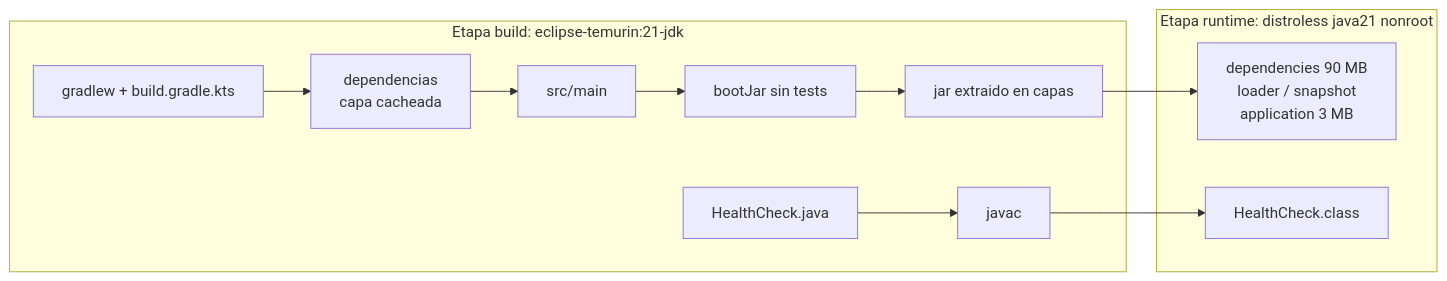
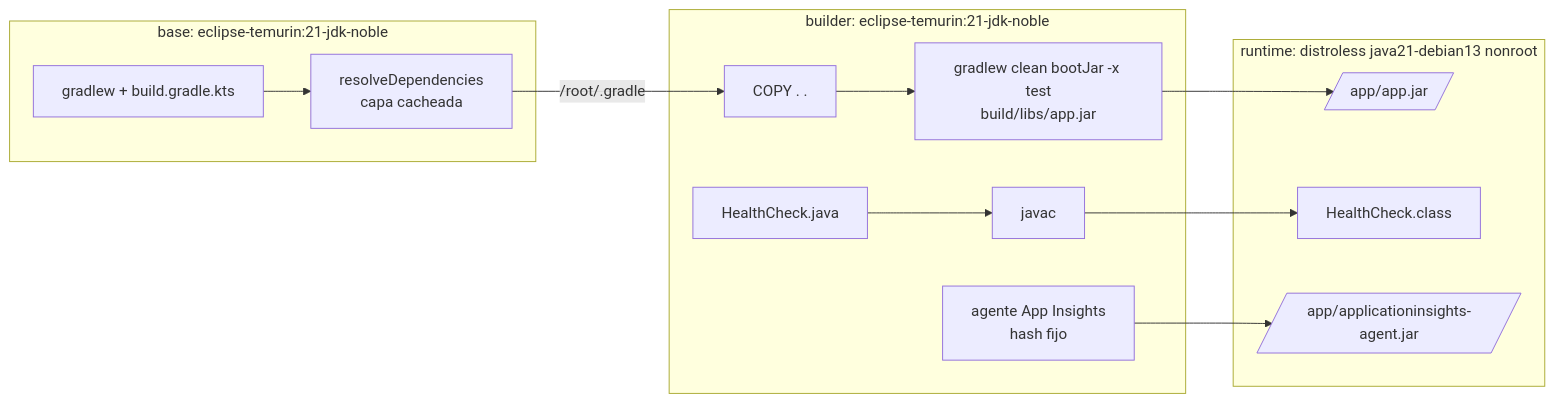
One commit to Menguitahh/acr-securepassb changed the first of 2 diagrams in docs/docker.md. Above: the diagram before and after it, drawn with Mermaid. The commit also changed other lines of this file and 2 other files, not shown here.

First line of the commit message:
build(docker): dockerfile con la plantilla de la catedra adaptada a gradle (#31)

````diff
--- a/docs/docker.md
+++ b/docs/docker.md
@@ -5,12 +8,16 @@
 ```mermaid
 flowchart LR
-    subgraph build["Etapa build: eclipse-temurin:21-jdk"]
-        A[gradlew + build.gradle.kts] --> B[dependencias<br/>capa cacheada]
-        B --> C[src/main] --> D[bootJar sin tests] --> E[jar extraido en capas]
+    subgraph base["base: eclipse-temurin:21-jdk-noble"]
+        A[gradlew + build.gradle.kts] --> B[resolveDependencies<br/>capa cacheada]
+    end
+    subgraph builder["builder: eclipse-temurin:21-jdk-noble"]
+        B -->|/root/.gradle| C[COPY . .] --> D[gradlew clean bootJar -x test<br/>build/libs/app.jar]
         H[HealthCheck.java] --> I[javac]
+        J[agente App Insights<br/>hash fijo]
     end
-    subgraph runtime["Etapa runtime: distroless java21 nonroot"]
-        E --> F[dependencies 90 MB<br/>loader / snapshot<br/>application 3 MB]
+    subgraph runtime["runtime: distroless java21-debian13 nonroot"]
+        D --> F[/app/app.jar/]
         I --> G[HealthCheck.class]
+        J --> K[/app/applicationinsights-agent.jar/]
     end
 ```
````
